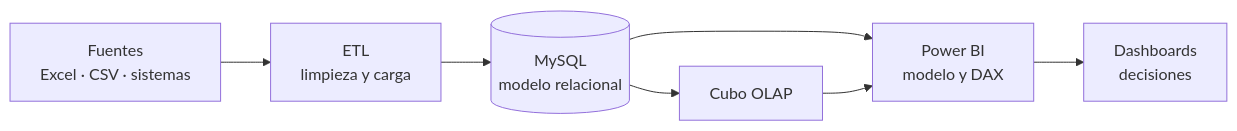
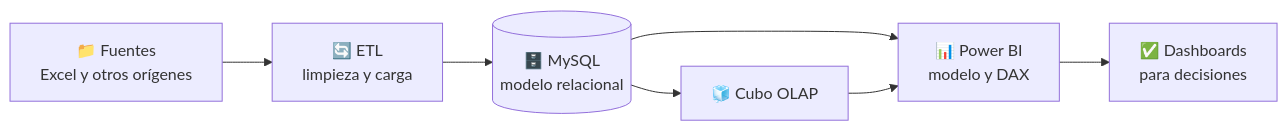
The diagram in README.md (Danivinho1/Business_Intelligence_Analytics), drawn with Mermaid before and after one commit. The commit also changed other lines of this file, not shown here.

````diff
--- a/README.md
+++ b/README.md
@@ -24,9 +55,9 @@
 ```mermaid
 flowchart LR
-    A[Fuentes<br/>Excel · CSV · sistemas] --> B[ETL<br/>limpieza y carga]
-    B --> C[(MySQL<br/>modelo relacional)]
-    C --> D[Cubo OLAP]
-    C --> E[Power BI<br/>modelo y DAX]
+    A[📁 Fuentes<br/>Excel y otros orígenes] --> B[🔄 ETL<br/>limpieza y carga]
+    B --> C[(🗄️ MySQL<br/>modelo relacional)]
+    C --> D[🧊 Cubo OLAP]
+    C --> E[📊 Power BI<br/>modelo y DAX]
     D --> E
-    E --> F[Dashboards<br/>decisiones]
+    E --> F[✅ Dashboards<br/>para decisiones]
 ```
````
